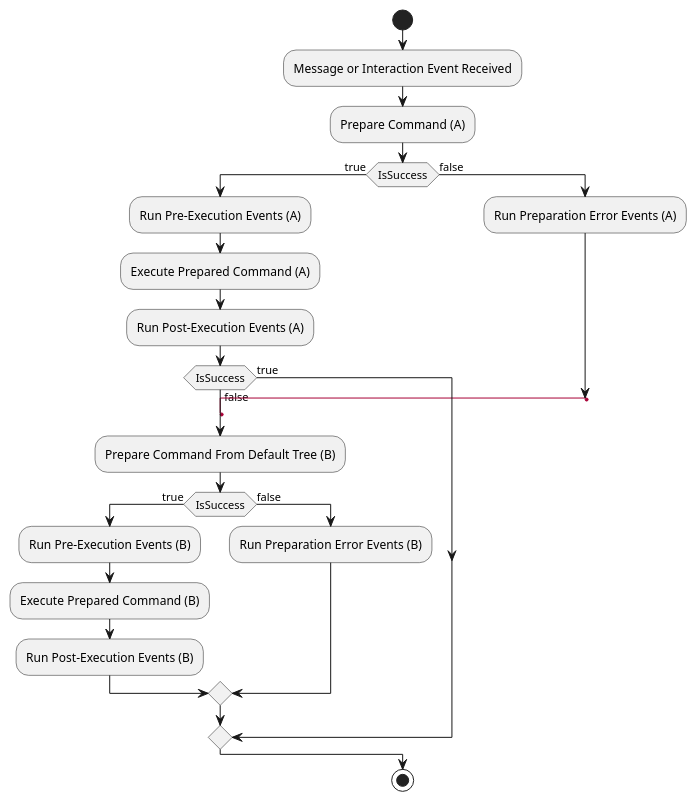
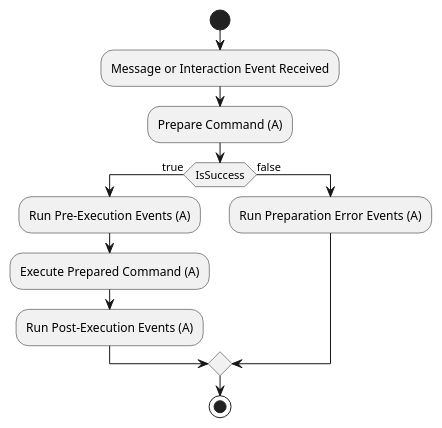
The diagram in docs/uml/CommandFlow.puml (Remora/Remora.Discord), drawn with PlantUML before and after one commit. The commit also changed 3 other files, not shown here.

Commit message:
Huck default tree fallbacks out the window.

```diff
--- a/docs/uml/CommandFlow.puml
+++ b/docs/uml/CommandFlow.puml
@@ -1,36 +1,18 @@
 @startuml
 'https://plantuml.com/activity-diagram-beta
 
 start
 
 :Message or Interaction Event Received;
 :Prepare Command (A);
 if (IsSuccess) is (true) then
     :Run Pre-Execution Events (A);
     :Execute Prepared Command (A);
     :Run Post-Execution Events (A);
-    if (IsSuccess) is (false) then
-        label default_tree
-        :Prepare Command From Default Tree (B);
-        if (IsSuccess) is (true) then
-            :Run Pre-Execution Events (B);
-            :Execute Prepared Command (B);
-            :Run Post-Execution Events (B);
-        else (false)
-            :Run Preparation Error Events (B);
-        endif
-    else (true)
-    endif
 else (false)
     :Run Preparation Error Events (A);
-    label space1
-    label space2
-    label space3
-    label space4
-    label space5
-    goto default_tree
 endif
 
 stop
 
 @enduml
```
